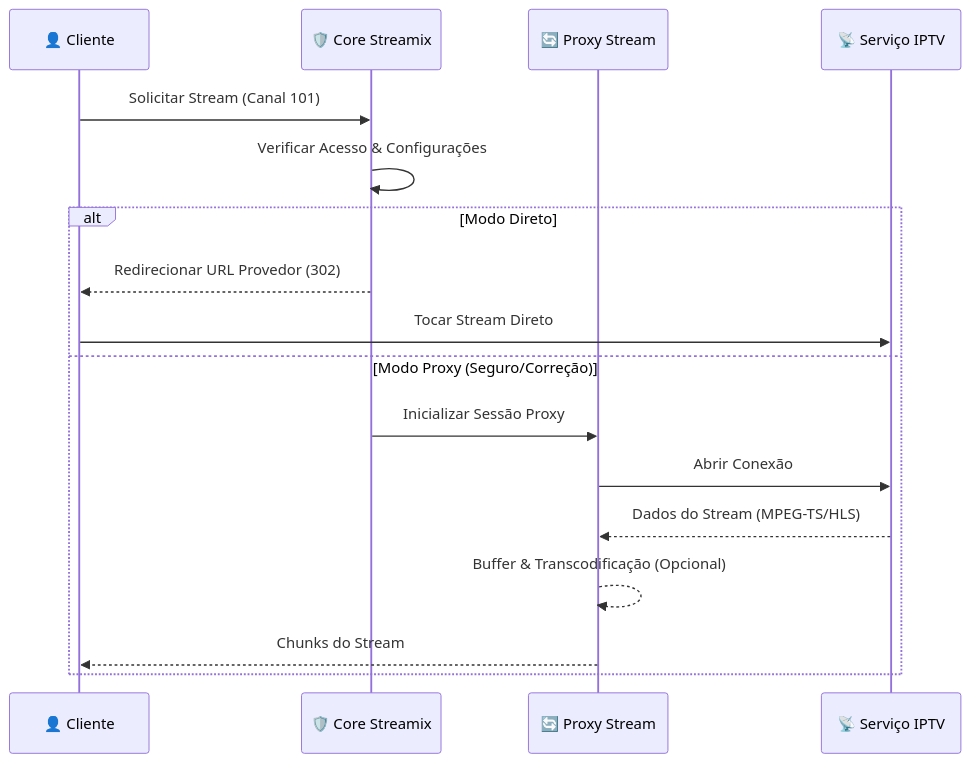
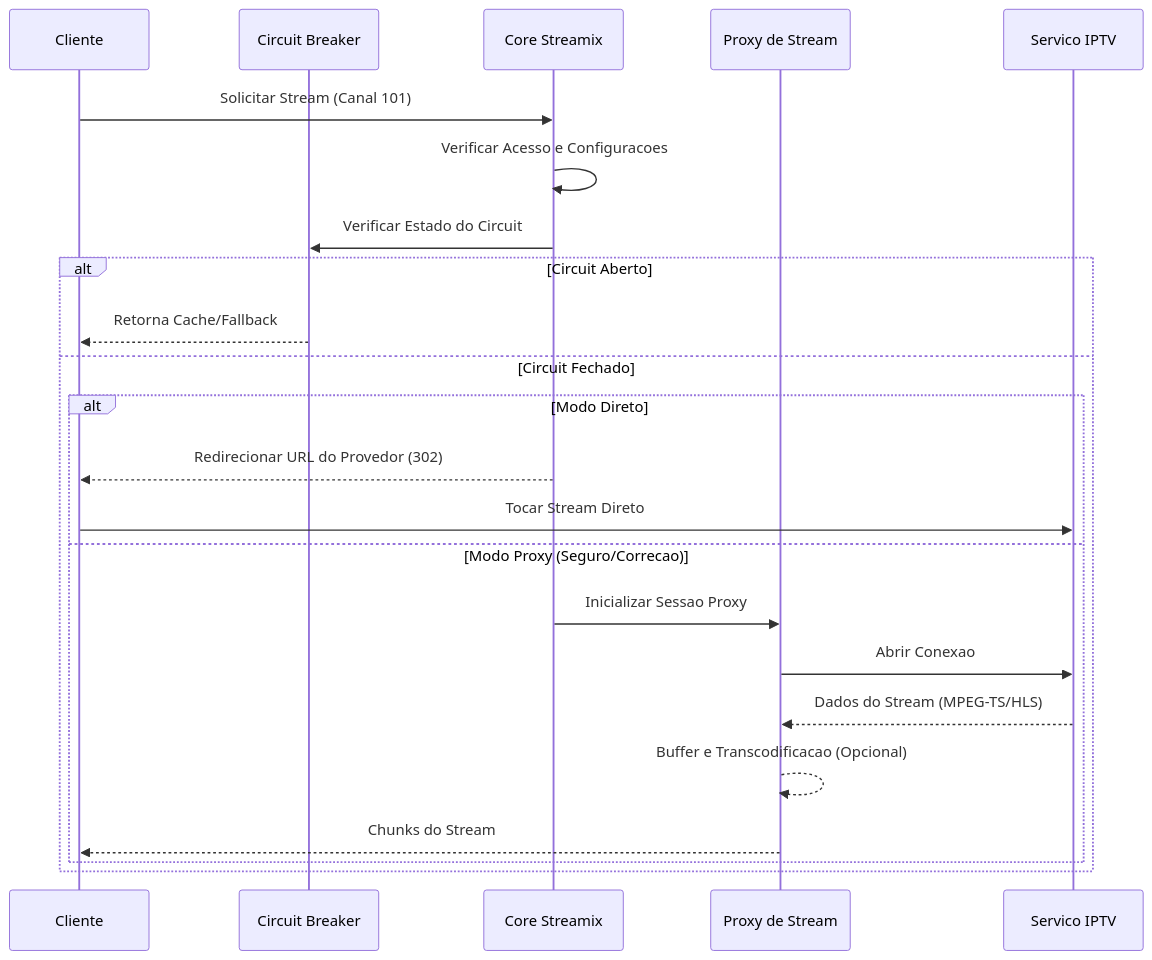
Before and after one commit to gabrielmaialva33/streamix: the third of 3 diagrams in README.pt.md, drawn with Mermaid. The commit also changed other lines of this file and 3 other files, not shown here.

````diff
--- a/README.pt.md
+++ b/README.pt.md
@@ -153,21 +232,27 @@
 ```mermaid
 sequenceDiagram
-    participant C as 👤 Cliente
-    participant S as 🛡️ Core Streamix
-    participant P as 🔄 Proxy Stream
-    participant X as 📡 Serviço IPTV
+    participant C as Cliente
+    participant CB as Circuit Breaker
+    participant S as Core Streamix
+    participant P as Proxy de Stream
+    participant X as Servico IPTV
 
     C->>S: Solicitar Stream (Canal 101)
-    S->>S: Verificar Acesso & Configurações
-    
-    alt Modo Direto
-        S-->>C: Redirecionar URL Provedor (302)
-        C->>X: Tocar Stream Direto
-    else Modo Proxy (Seguro/Correção)
-        S->>P: Inicializar Sessão Proxy
-        P->>X: Abrir Conexão
-        X-->>P: Dados do Stream (MPEG-TS/HLS)
-        P-->>P: Buffer & Transcodificação (Opcional)
-        P-->>C: Chunks do Stream
+    S->>S: Verificar Acesso e Configuracoes
+    S->>CB: Verificar Estado do Circuit
+
+    alt Circuit Aberto
+        CB-->>C: Retorna Cache/Fallback
+    else Circuit Fechado
+        alt Modo Direto
+            S-->>C: Redirecionar URL do Provedor (302)
+            C->>X: Tocar Stream Direto
+        else Modo Proxy (Seguro/Correcao)
+            S->>P: Inicializar Sessao Proxy
+            P->>X: Abrir Conexao
+            X-->>P: Dados do Stream (MPEG-TS/HLS)
+            P-->>P: Buffer e Transcodificacao (Opcional)
+            P-->>C: Chunks do Stream
+        end
     end
 ```
````
